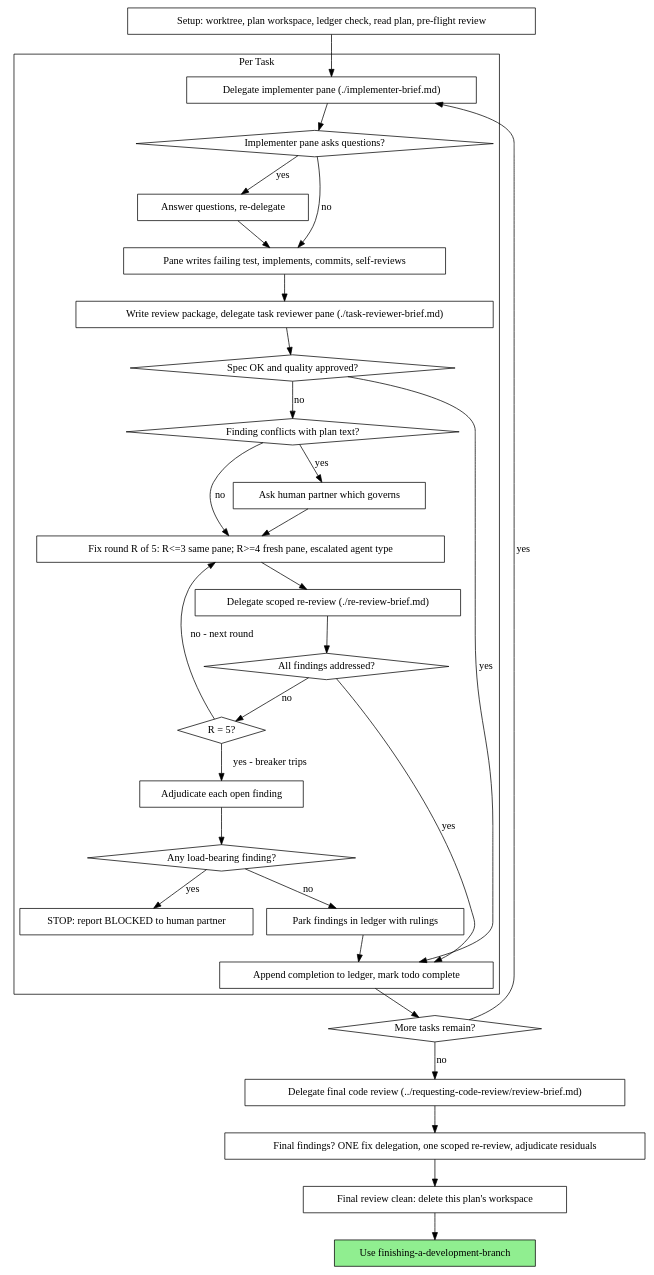
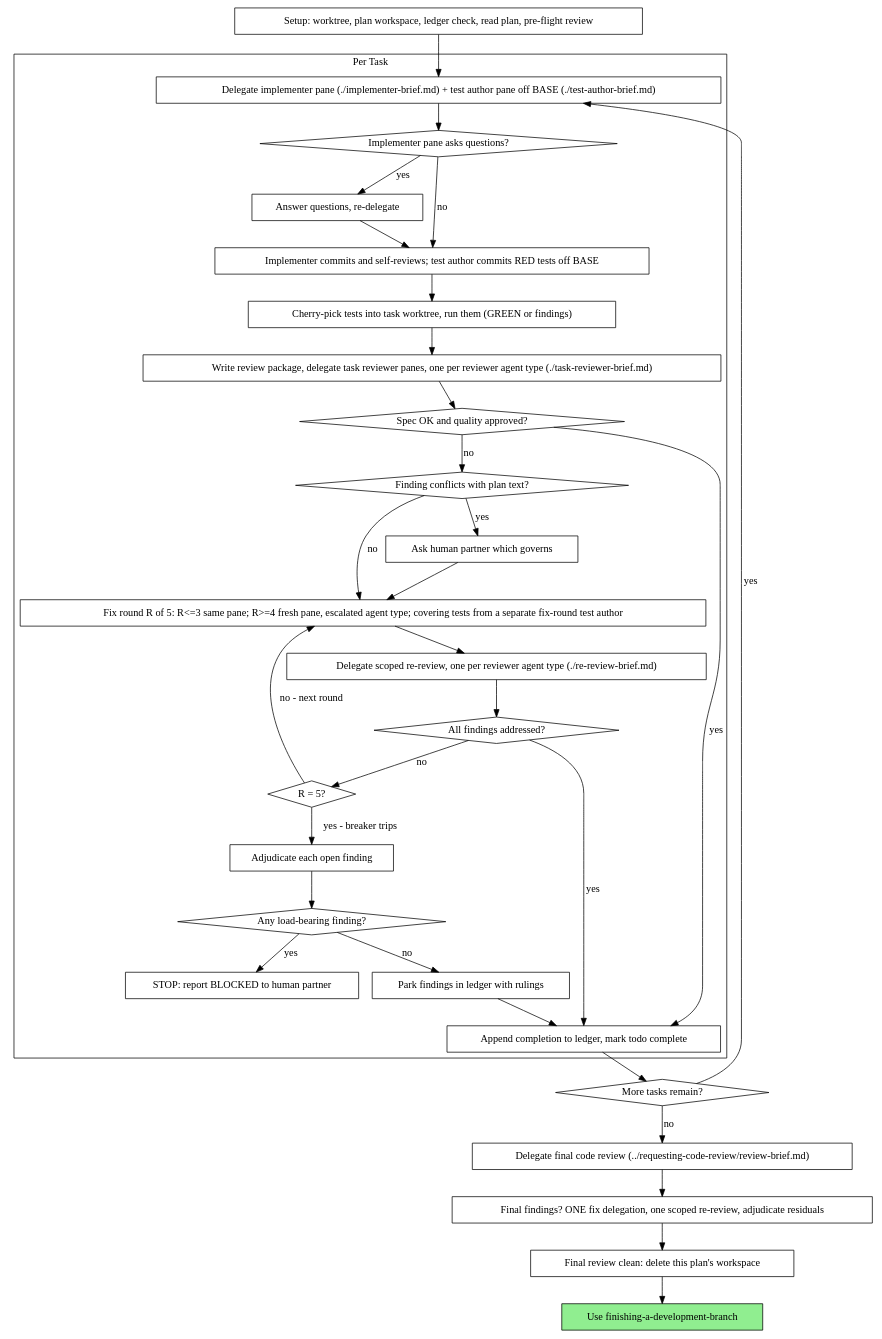
Before and after one commit to transparent-pegasus/herdrpowers: the second of 2 diagrams in skills/pane-driven-development/SKILL.md, drawn with Graphviz. The commit also changed other lines of this file and 26 other files, not shown here.

````diff
--- a/skills/pane-driven-development/SKILL.md
+++ b/skills/pane-driven-development/SKILL.md
@@ -57,62 +57,64 @@
 ```dot
 digraph process {
     rankdir=TB;
 
     subgraph cluster_per_task {
         label="Per Task";
-        "Delegate implementer pane (./implementer-brief.md)" [shape=box];
+        "Delegate implementer pane (./implementer-brief.md) + test author pane off BASE (./test-author-brief.md)" [shape=box];
         "Implementer pane asks questions?" [shape=diamond];
+        "Cherry-pick tests into task worktree, run them (GREEN or findings)" [shape=box];
         "Answer questions, re-delegate" [shape=box];
-        "Pane writes failing test, implements, commits, self-reviews" [shape=box];
-        "Write review package, delegate task reviewer pane (./task-reviewer-brief.md)" [shape=box];
+        "Implementer commits and self-reviews; test author commits RED tests off BASE" [shape=box];
+        "Write review package, delegate task reviewer panes, one per reviewer agent type (./task-reviewer-brief.md)" [shape=box];
         "Spec OK and quality approved?" [shape=diamond];
         "Finding conflicts with plan text?" [shape=diamond];
         "Ask human partner which governs" [shape=box];
-        "Fix round R of 5: R<=3 same pane; R>=4 fresh pane, escalated agent type" [shape=box];
-        "Delegate scoped re-review (./re-review-brief.md)" [shape=box];
+        "Fix round R of 5: R<=3 same pane; R>=4 fresh pane, escalated agent type; covering tests from a separate fix-round test author" [shape=box];
+        "Delegate scoped re-review, one per reviewer agent type (./re-review-brief.md)" [shape=box];
         "All findings addressed?" [shape=diamond];
         "R = 5?" [shape=diamond];
         "Adjudicate each open finding" [shape=box];
         "Any load-bearing finding?" [shape=diamond];
         "STOP: report BLOCKED to human partner" [shape=box];
         "Park findings in ledger with rulings" [shape=box];
         "Append completion to ledger, mark todo complete" [shape=box];
     }
 
     "Setup: worktree, plan workspace, ledger check, read plan, pre-flight review" [shape=box];
     "More tasks remain?" [shape=diamond];
     "Delegate final code review (../requesting-code-review/review-brief.md)" [shape=box];
     "Final findings? ONE fix delegation, one scoped re-review, adjudicate residuals" [shape=box];
     "Final review clean: delete this plan's workspace" [shape=box];
     "Use finishing-a-development-branch" [shape=box style=filled fillcolor=lightgreen];
 
-    "Setup: worktree, plan workspace, ledger check, read plan, pre-flight review" -> "Delegate implementer pane (./implementer-brief.md)";
-    "Delegate implementer pane (./implementer-brief.md)" -> "Implementer pane asks questions?";
+    "Setup: worktree, plan workspace, ledger check, read plan, pre-flight review" -> "Delegate implementer pane (./implementer-brief.md) + test author pane off BASE (./test-author-brief.md)";
+    "Delegate implementer pane (./implementer-brief.md) + test author pane off BASE (./test-author-brief.md)" -> "Implementer pane asks questions?";
     "Implementer pane asks questions?" -> "Answer questions, re-delegate" [label="yes"];
-    "Answer questions, re-delegate" -> "Pane writes failing test, implements, commits, self-reviews";
-    "Implementer pane asks questions?" -> "Pane writes failing test, implements, commits, self-reviews" [label="no"];
-    "Pane writes failing test, implements, commits, self-reviews" -> "Write review package, delegate task reviewer pane (./task-reviewer-brief.md)";
-    "Write review package, delegate task reviewer pane (./task-reviewer-brief.md)" -> "Spec OK and quality approved?";
+    "Answer questions, re-delegate" -> "Implementer commits and self-reviews; test author commits RED tests off BASE";
+    "Implementer pane asks questions?" -> "Implementer commits and self-reviews; test author commits RED tests off BASE" [label="no"];
+    "Implementer commits and self-reviews; test author commits RED tests off BASE" -> "Cherry-pick tests into task worktree, run them (GREEN or findings)";
+    "Cherry-pick tests into task worktree, run them (GREEN or findings)" -> "Write review package, delegate task reviewer panes, one per reviewer agent type (./task-reviewer-brief.md)";
+    "Write review package, delegate task reviewer panes, one per reviewer agent type (./task-reviewer-brief.md)" -> "Spec OK and quality approved?";
     "Spec OK and quality approved?" -> "Append completion to ledger, mark todo complete" [label="yes"];
     "Spec OK and quality approved?" -> "Finding conflicts with plan text?" [label="no"];
     "Finding conflicts with plan text?" -> "Ask human partner which governs" [label="yes"];
-    "Ask human partner which governs" -> "Fix round R of 5: R<=3 same pane; R>=4 fresh pane, escalated agent type";
-    "Finding conflicts with plan text?" -> "Fix round R of 5: R<=3 same pane; R>=4 fresh pane, escalated agent type" [label="no"];
-    "Fix round R of 5: R<=3 same pane; R>=4 fresh pane, escalated agent type" -> "Delegate scoped re-review (./re-review-brief.md)";
-    "Delegate scoped re-review (./re-review-brief.md)" -> "All findings addressed?";
+    "Ask human partner which governs" -> "Fix round R of 5: R<=3 same pane; R>=4 fresh pane, escalated agent type; covering tests from a separate fix-round test author";
+    "Finding conflicts with plan text?" -> "Fix round R of 5: R<=3 same pane; R>=4 fresh pane, escalated agent type; covering tests from a separate fix-round test author" [label="no"];
+    "Fix round R of 5: R<=3 same pane; R>=4 fresh pane, escalated agent type; covering tests from a separate fix-round test author" -> "Delegate scoped re-review, one per reviewer agent type (./re-review-brief.md)";
+    "Delegate scoped re-review, one per reviewer agent type (./re-review-brief.md)" -> "All findings addressed?";
     "All findings addressed?" -> "Append completion to ledger, mark todo complete" [label="yes"];
     "All findings addressed?" -> "R = 5?" [label="no"];
-    "R = 5?" -> "Fix round R of 5: R<=3 same pane; R>=4 fresh pane, escalated agent type" [label="no - next round"];
+    "R = 5?" -> "Fix round R of 5: R<=3 same pane; R>=4 fresh pane, escalated agent type; covering tests from a separate fix-round test author" [label="no - next round"];
     "R = 5?" -> "Adjudicate each open finding" [label="yes - breaker trips"];
     "Adjudicate each open finding" -> "Any load-bearing finding?";
     "Any load-bearing finding?" -> "STOP: report BLOCKED to human partner" [label="yes"];
     "Any load-bearing finding?" -> "Park findings in ledger with rulings" [label="no"];
     "Park findings in ledger with rulings" -> "Append completion to ledger, mark todo complete";
     "Append completion to ledger, mark todo complete" -> "More tasks remain?";
-    "More tasks remain?" -> "Delegate implementer pane (./implementer-brief.md)" [label="yes"];
+    "More tasks remain?" -> "Delegate implementer pane (./implementer-brief.md) + test author pane off BASE (./test-author-brief.md)" [label="yes"];
     "More tasks remain?" -> "Delegate final code review (../requesting-code-review/review-brief.md)" [label="no"];
     "Delegate final code review (../requesting-code-review/review-brief.md)" -> "Final findings? ONE fix delegation, one scoped re-review, adjudicate residuals";
     "Final findings? ONE fix delegation, one scoped re-review, adjudicate residuals" -> "Final review clean: delete this plan's workspace";
     "Final review clean: delete this plan's workspace" -> "Use finishing-a-development-branch";
 }
 ```
````
